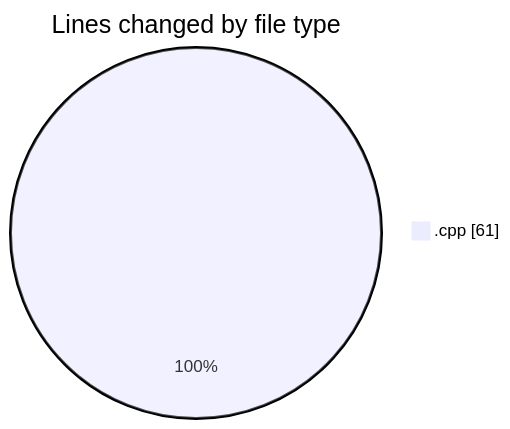
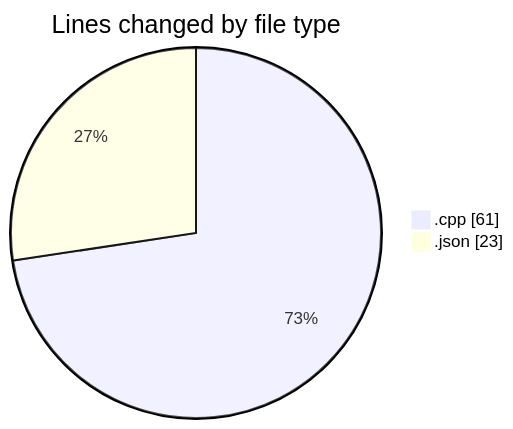
Before and after one commit to Netris89/code-tracking: the first of 2 diagrams in 2025-03-30/echo/README.md, drawn with Mermaid. The commit also changed other lines of this file and 1 other file, not shown here.

````diff
--- a/2025-03-30/echo/README.md
+++ b/2025-03-30/echo/README.md
@@ -20,5 +21,6 @@
 ```mermaid
 pie showData
 title Lines changed by file type
 ".cpp" : 61
+".json" : 23
 ```
````
